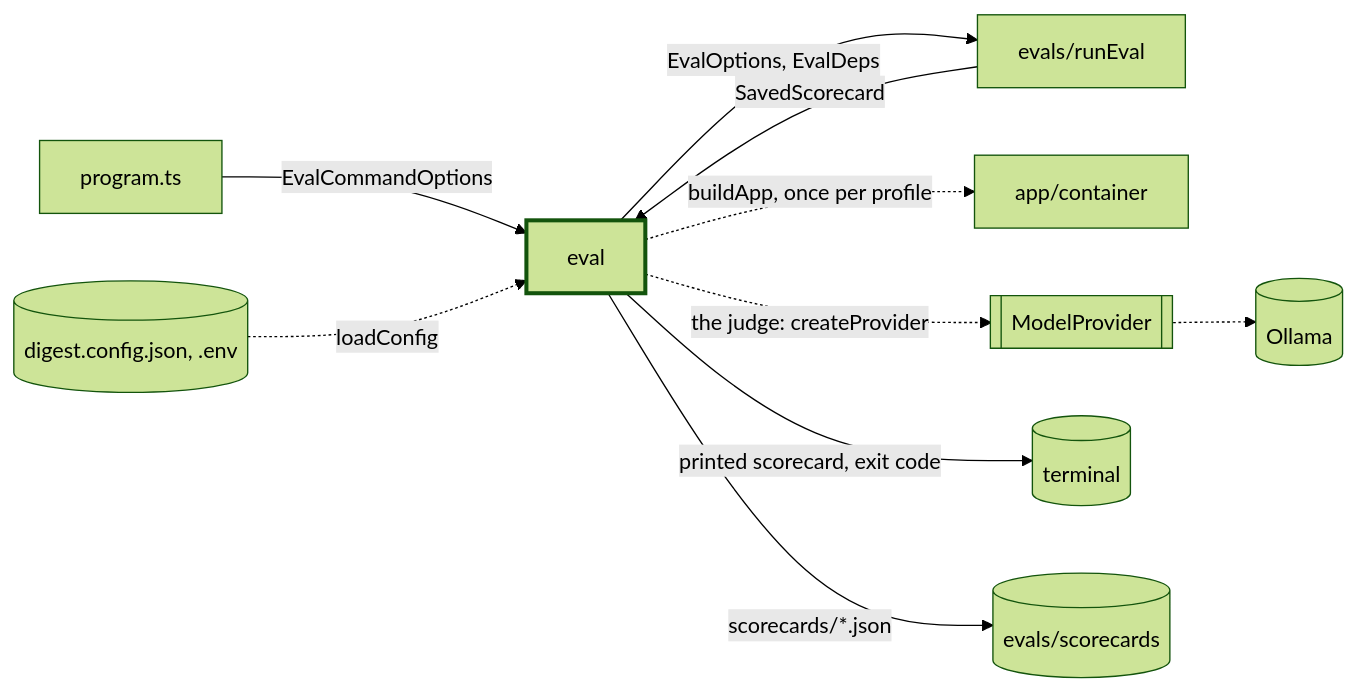
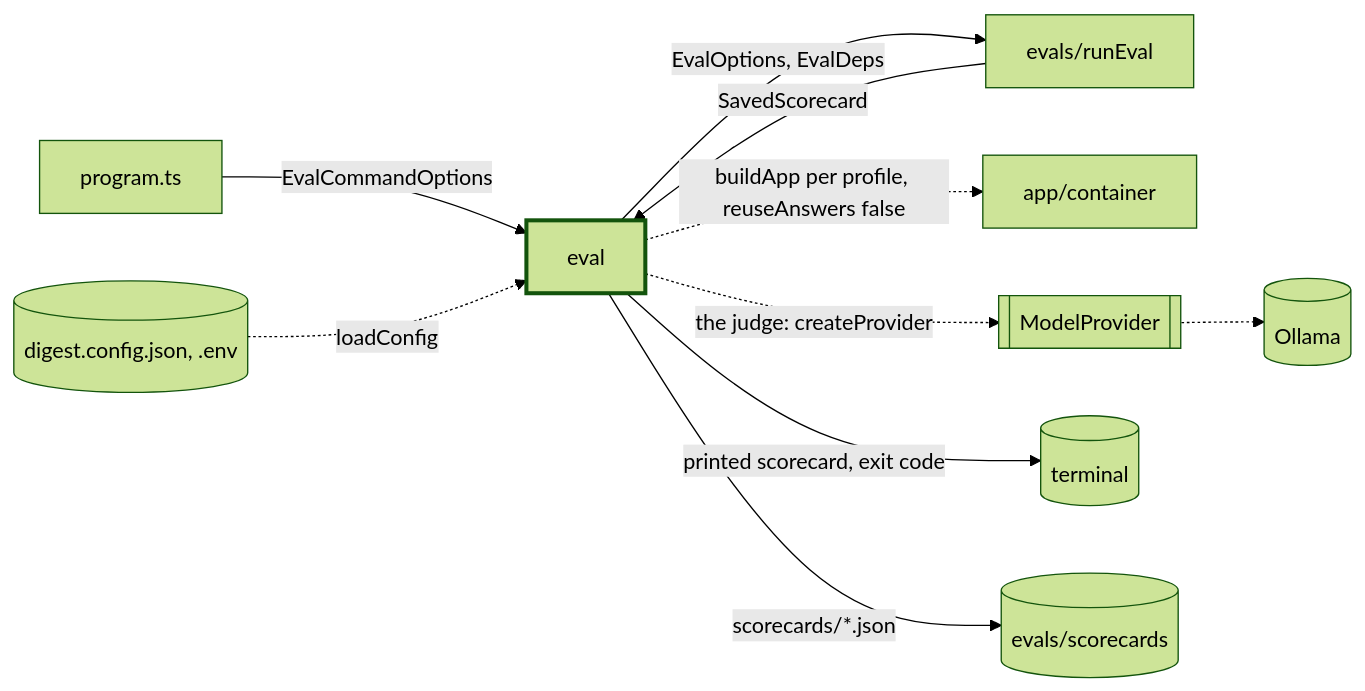
The first of 2 diagrams in src/cli/eval/CLAUDE.md (odere-pro/weekly-engineering-digest-agent), drawn with Mermaid (forest theme) before and after one commit. The commit also changed 106 other files, not shown here.

First line of the commit message:
perf: guard the picks after process and reuse a week's model answers

````diff
--- a/src/cli/eval/CLAUDE.md
+++ b/src/cli/eval/CLAUDE.md
@@ -9,12 +9,12 @@
 ```mermaid
 flowchart LR
   argv["program.ts"] -->|"EvalCommandOptions"| eval:::focus
   cfg[("digest.config.json, .env")] -.->|"loadConfig"| eval
   eval -->|"EvalOptions, EvalDeps"| harness["evals/runEval"]
   harness -->|"SavedScorecard"| eval
-  eval -.->|"buildApp, once per profile"| app["app/container"]
+  eval -.->|"buildApp per profile, reuseAnswers false"| app["app/container"]
   eval -.->|"the judge: createProvider"| mp[[ModelProvider]] -.-> ollama[(Ollama)]
   eval -->|"printed scorecard, exit code"| term[("terminal")]
   eval -->|"scorecards/*.json"| disk[("evals/scorecards")]
   classDef focus stroke-width:3px
 ```
````
